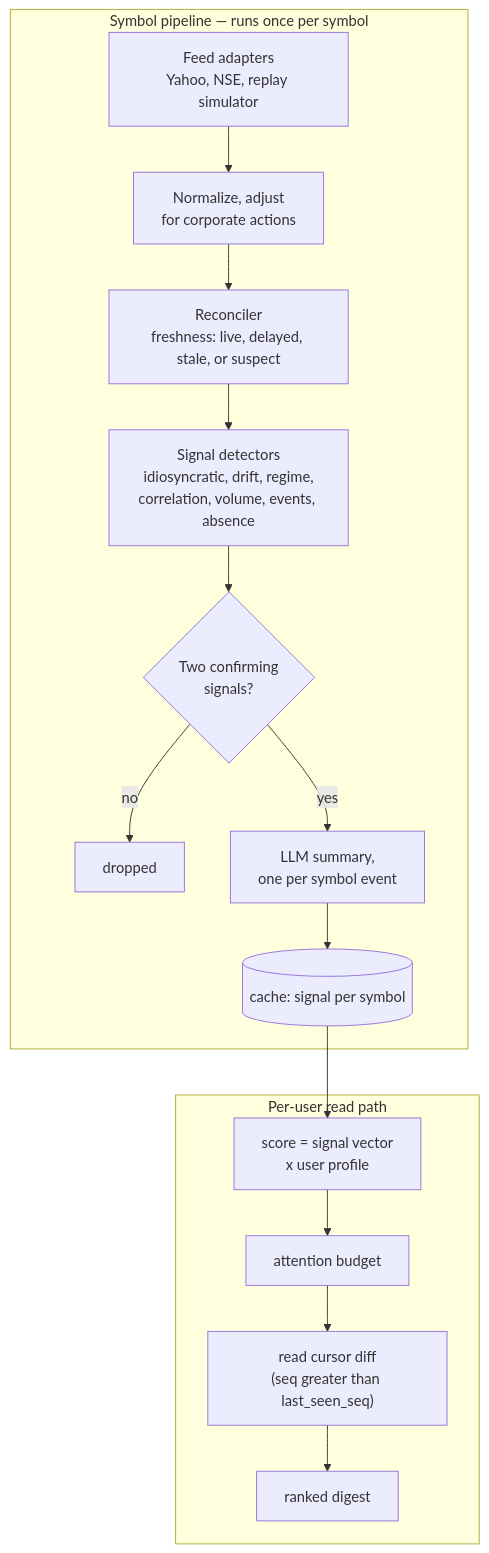
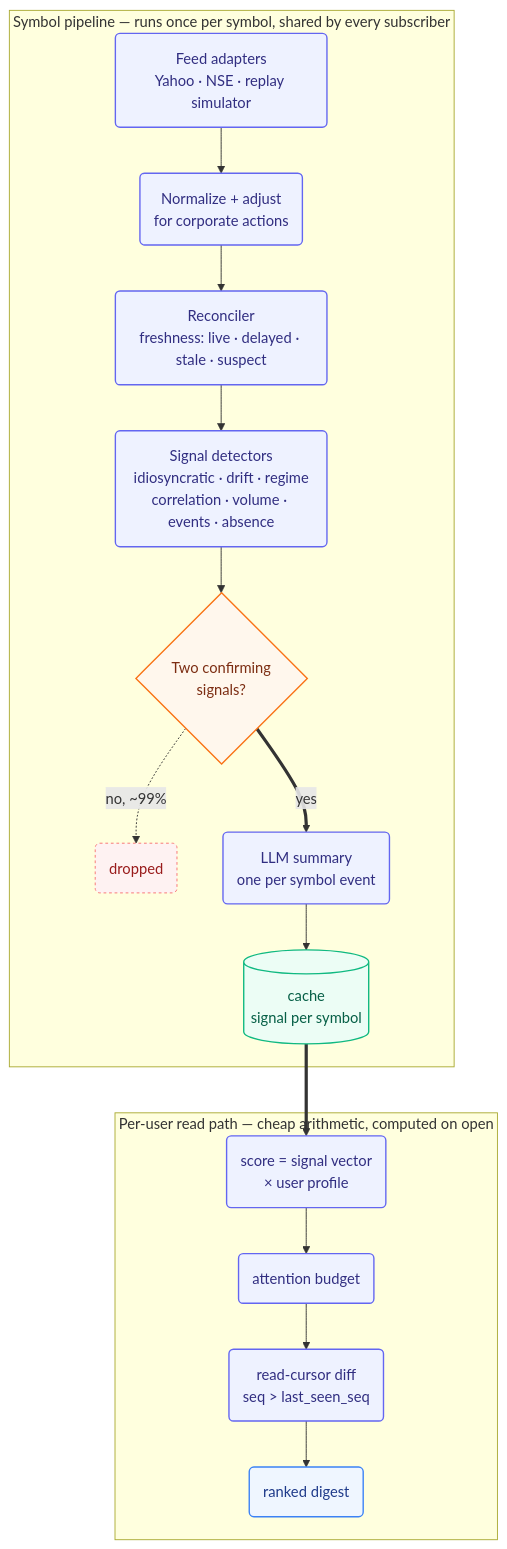
Before and after one commit to aditirajesh01/groww_aditi: the diagram in README.md, drawn with Mermaid.

Commit message:
Redesign the architecture diagram with a proper color hierarchy
Rounded nodes instead of plain rectangles, light pastel fills (holds up
in both GitHub's light and dark README themes, unlike the earlier
dark-fill version), and a visual distinction between the survivor path
out of the two-factor gate (thick arrow) and the dropped path (dashed,
muted red). Color groups the symbol pipeline, the decision point, the
cache, and the final per-user output separately.

````diff
--- a/README.md
+++ b/README.md
@@ -71,19 +71,32 @@
 ```mermaid
 flowchart TB
-    subgraph SYM["Symbol pipeline — runs once per symbol"]
-        A["Feed adapters<br/>Yahoo, NSE, replay simulator"] --> B["Normalize, adjust<br/>for corporate actions"]
-        B --> C["Reconciler<br/>freshness: live, delayed, stale, or suspect"]
-        C --> D["Signal detectors<br/>idiosyncratic, drift, regime,<br/>correlation, volume, events, absence"]
+    subgraph SYM["Symbol pipeline — runs once per symbol, shared by every subscriber"]
+        A("Feed adapters<br/>Yahoo · NSE · replay simulator") --> B("Normalize + adjust<br/>for corporate actions")
+        B --> C("Reconciler<br/>freshness: live · delayed · stale · suspect")
+        C --> D("Signal detectors<br/>idiosyncratic · drift · regime<br/>correlation · volume · events · absence")
         D --> E{"Two confirming<br/>signals?"}
-        E -->|"no"| X["dropped"]
-        E -->|"yes"| F["LLM summary,<br/>one per symbol event"]
-        F --> G[("cache: signal per symbol")]
+        E -.->|no, ~99%| X("dropped")
+        E ==>|yes| F("LLM summary<br/>one per symbol event")
+        F --> G[("cache<br/>signal per symbol")]
     end
 
-    subgraph USR["Per-user read path"]
-        G --> H["score = signal vector<br/>x user profile"]
-        H --> I["attention budget"]
-        I --> J["read cursor diff<br/>(seq greater than last_seen_seq)"]
-        J --> K["ranked digest"]
+    subgraph USR["Per-user read path — cheap arithmetic, computed on open"]
+        G ==> H("score = signal vector<br/>× user profile")
+        H --> I("attention budget")
+        I --> J("read-cursor diff<br/>seq &gt; last_seen_seq")
+        J --> K("ranked digest")
     end
+
+    classDef stage fill:#eef2ff,stroke:#6366f1,stroke-width:1.5px,color:#312e81
+    classDef decision fill:#fff7ed,stroke:#f97316,stroke-width:1.5px,color:#7c2d12
+    classDef cache fill:#ecfdf5,stroke:#10b981,stroke-width:1.5px,color:#065f46
+    classDef dropped fill:#fef2f2,stroke:#f87171,stroke-width:1px,color:#991b1b,stroke-dasharray:3 3
+    classDef terminal fill:#eff6ff,stroke:#3b82f6,stroke-width:1.5px,color:#1e3a8a
+
+    class A,B,C,D,H,I,J stage
+    class E decision
+    class F stage
+    class G cache
+    class X dropped
+    class K terminal
 ```
````
